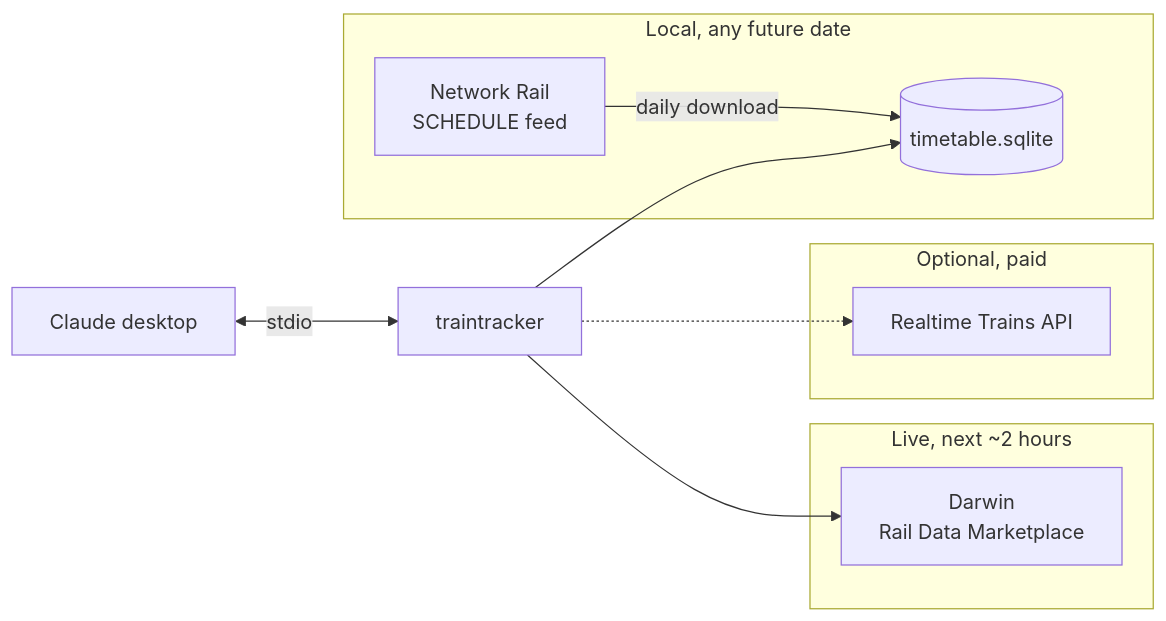
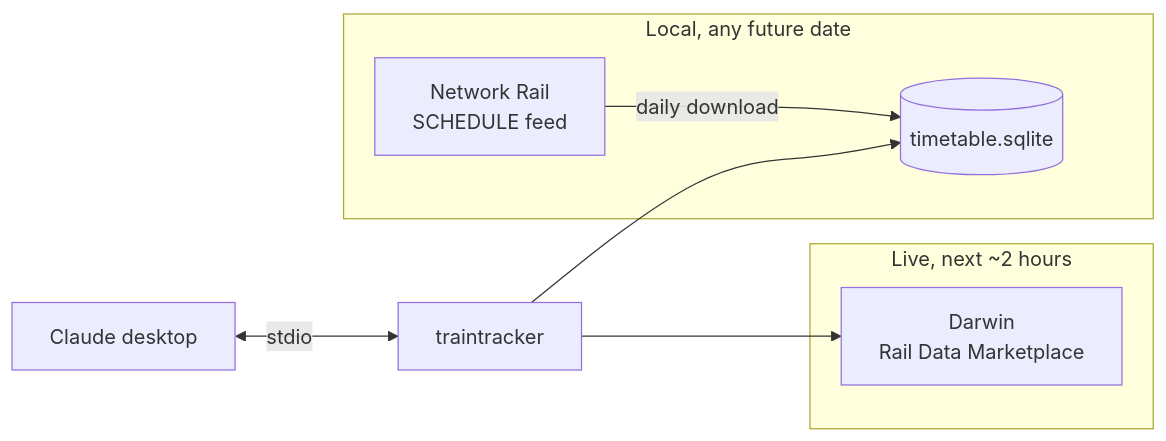
The first of 2 diagrams in README.md (hugorodgerbrown/traintracker), drawn with Mermaid before and after one commit. The commit also changed other lines of this file and 10 other files, not shown here.

First line of the commit message:
Remove Realtime Trains; report Darwin outages to the user

````diff
--- a/README.md
+++ b/README.md
@@ -7,18 +7,13 @@
 ```mermaid
 flowchart LR
     Claude[Claude desktop] <-->|stdio| TT[traintracker]
 
     subgraph Live["Live, next ~2 hours"]
         D[Darwin<br/>Rail Data Marketplace]
     end
     subgraph Local["Local, any future date"]
         NR[Network Rail<br/>SCHEDULE feed] -->|daily download| DB[(timetable.sqlite)]
     end
-    subgraph Optional["Optional, paid"]
-        RTT[Realtime Trains API]
-    end
-
     TT --> D
     TT --> DB
-    TT -.-> RTT
 ```
````
